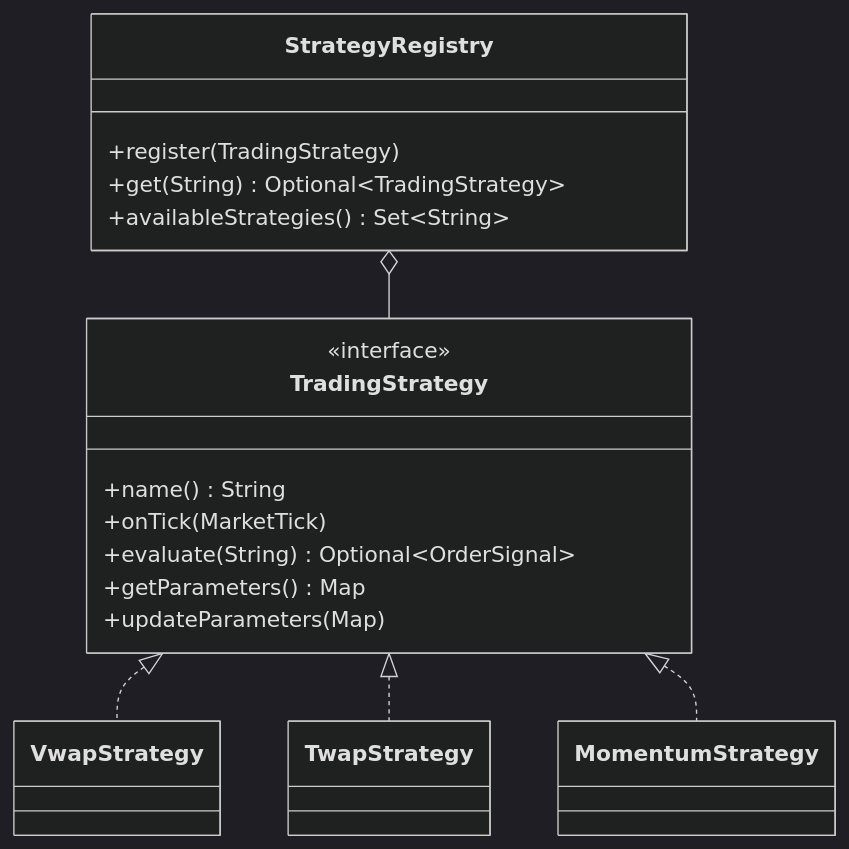
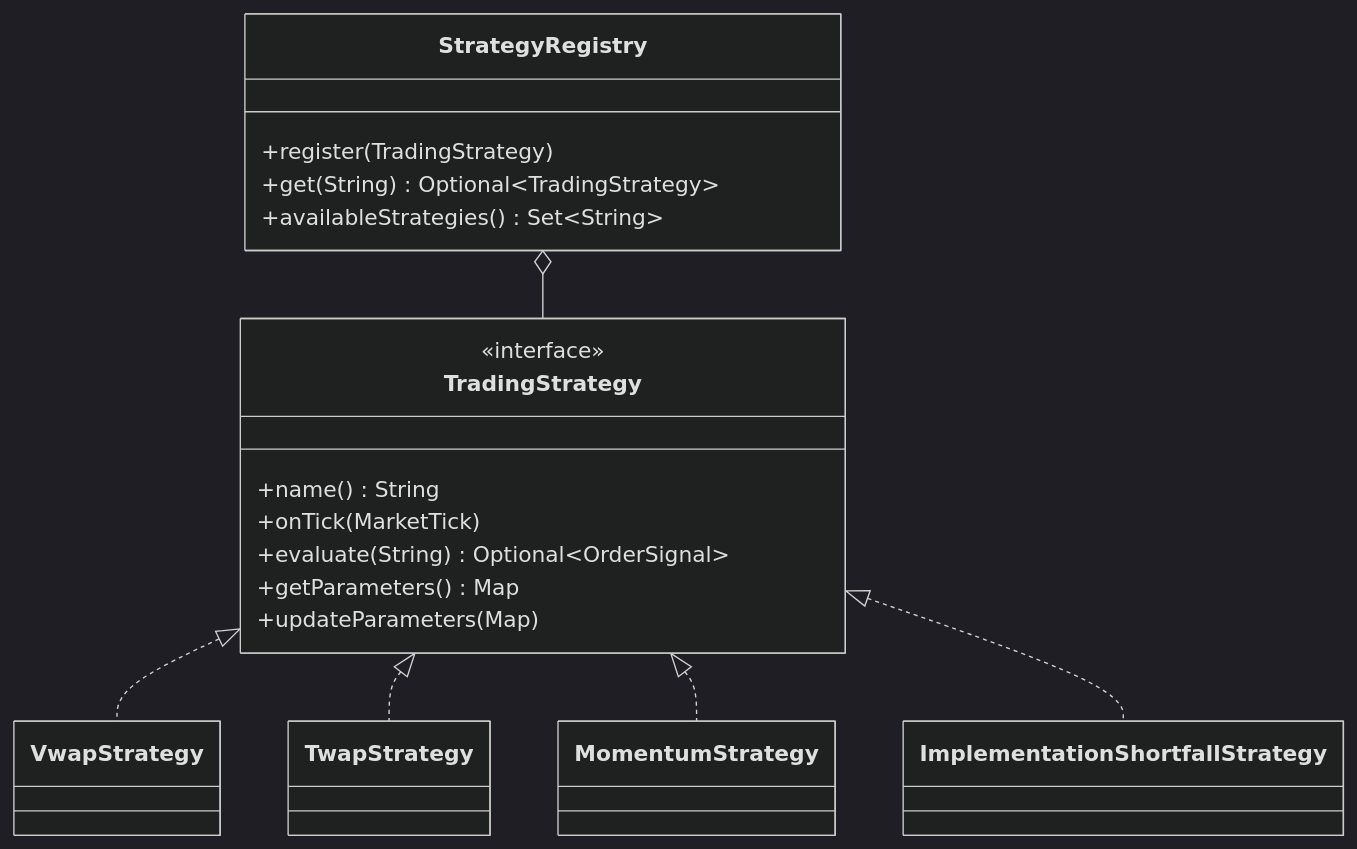
One commit to drag0sd0g/MariaAlpha changed the eighth of 18 diagrams in docs/technical-design-document.md. Above: the diagram before and after it, drawn with Mermaid (dark theme). The commit also changed other lines of this file and 11 other files, not shown here.

Commit message:
2.1.7 Implementation Shortfall algorithm (#157)

````diff
--- a/docs/technical-design-document.md
+++ b/docs/technical-design-document.md
@@ -671,20 +672,21 @@
 ```mermaid
 classDiagram
     class TradingStrategy {
         <<interface>>
         +name() String
         +onTick(MarketTick)
         +evaluate(String) Optional~OrderSignal~
         +getParameters() Map
         +updateParameters(Map)
     }
     class StrategyRegistry {
         +register(TradingStrategy)
         +get(String) Optional~TradingStrategy~
         +availableStrategies() Set~String~
     }
     TradingStrategy <|.. VwapStrategy
     TradingStrategy <|.. TwapStrategy
     TradingStrategy <|.. MomentumStrategy
+    TradingStrategy <|.. ImplementationShortfallStrategy
     StrategyRegistry o-- TradingStrategy
 ```
````
